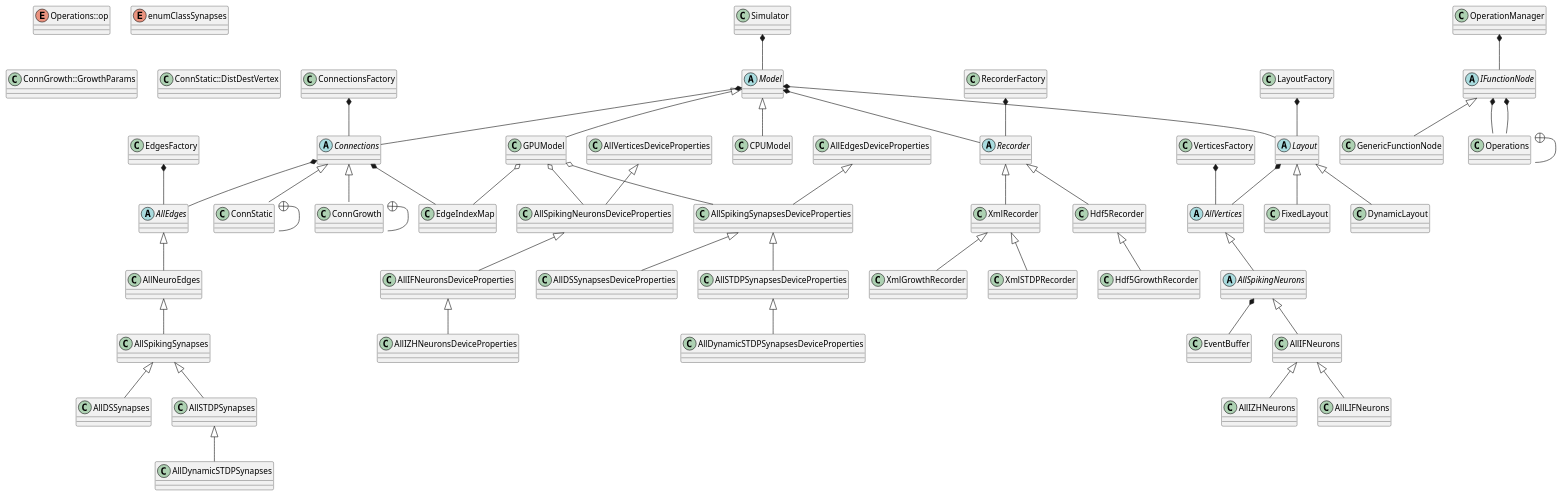
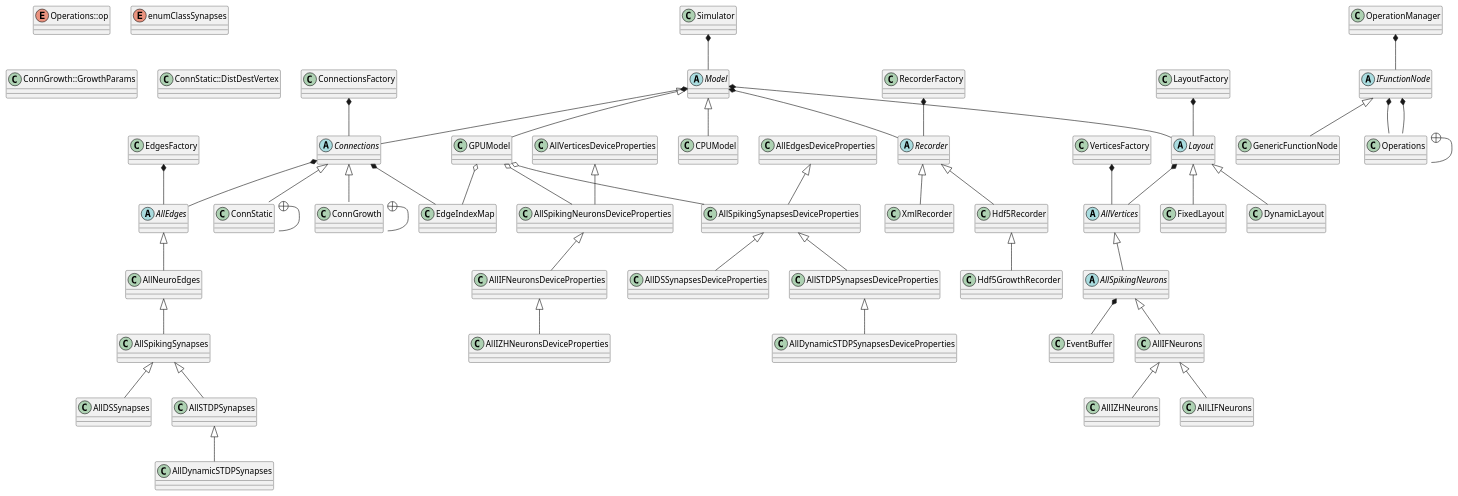
The diagram in docs/Developer/ClassDiagrams/graphittiDomain.puml (UWB-Biocomputing/Graphitti), drawn with PlantUML before and after one commit. The commit also changed 5 other files, not shown here.

```diff
--- a/docs/Developer/ClassDiagrams/graphittiDomain.puml
+++ b/docs/Developer/ClassDiagrams/graphittiDomain.puml
@@ -142,15 +142,7 @@
 }
 
 
-class XmlGrowthRecorder {
-}
-
-
 class XmlRecorder {
-}
-
-
-class XmlSTDPRecorder {
 }
 
 
@@ -293,12 +285,6 @@
 .Model <|-- .GPUModel
 
 
-.XmlRecorder <|-- .XmlGrowthRecorder
-
-
-.XmlRecorder <|-- .XmlSTDPRecorder
-
-
 
 
 
```
